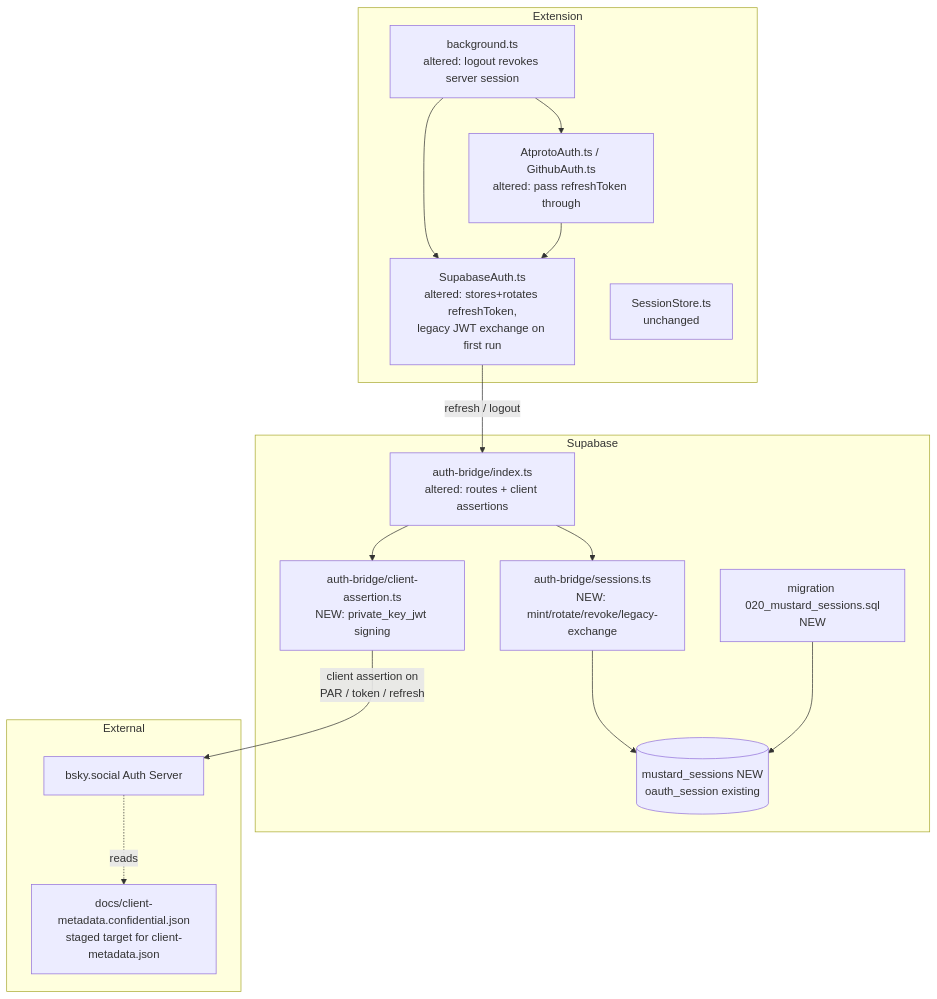
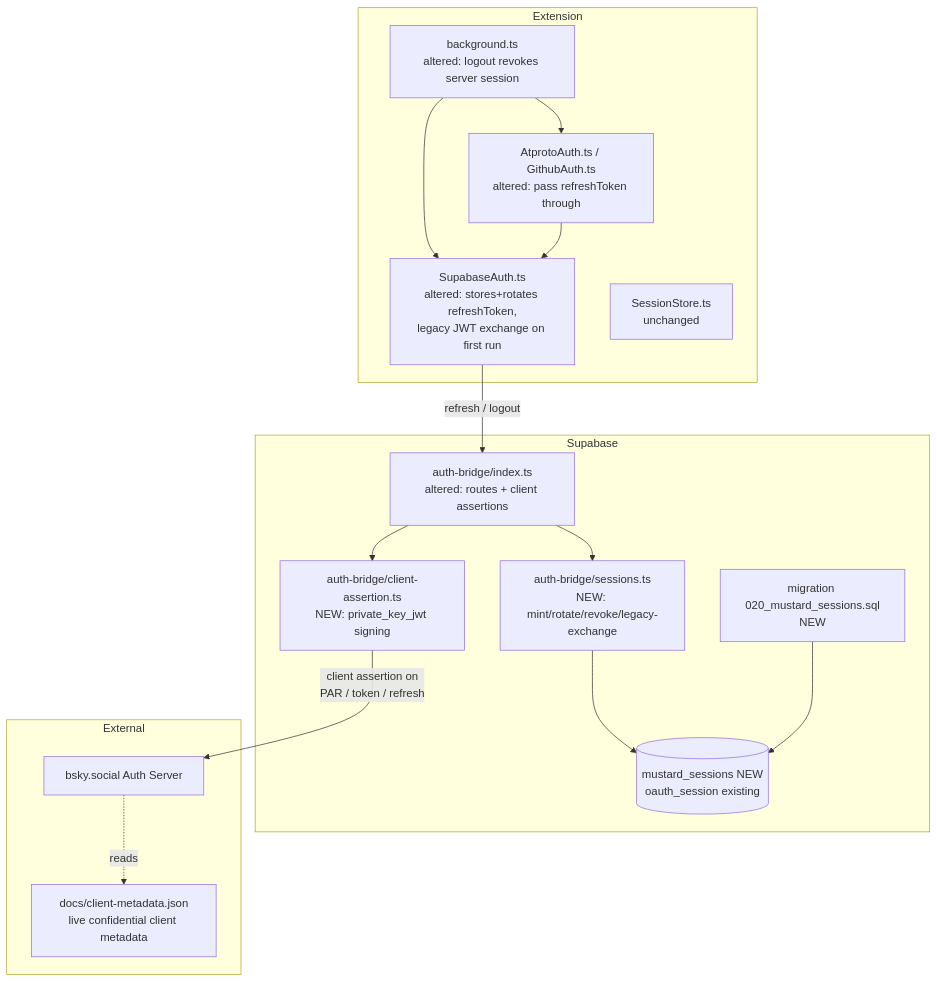
Before and after one commit to fettstorch/mustard: the first of 3 diagrams in specs/atproto-auth/sketch.md, drawn with Mermaid. The commit also changed other lines of this file and 5 other files, not shown here.

````diff
--- a/specs/atproto-auth/sketch.md
+++ b/specs/atproto-auth/sketch.md
@@ -48,33 +48,33 @@
 ```mermaid
 graph TD
     subgraph client [Extension]
         BG[background.ts<br/>altered: logout revokes server session]
         SA[SupabaseAuth.ts<br/>altered: stores+rotates refreshToken,<br/>legacy JWT exchange on first run]
         AA[AtprotoAuth.ts / GithubAuth.ts<br/>altered: pass refreshToken through]
         SS[SessionStore.ts<br/>unchanged]
     end
 
     subgraph server [Supabase]
         AB[auth-bridge/index.ts<br/>altered: routes + client assertions]
         SESS[auth-bridge/sessions.ts<br/>NEW: mint/rotate/revoke/legacy-exchange]
         CA[auth-bridge/client-assertion.ts<br/>NEW: private_key_jwt signing]
         MIG[migration 020_mustard_sessions.sql<br/>NEW]
         DB[("mustard_sessions NEW<br/>oauth_session existing")]
     end
 
     subgraph external [External]
-        CM[docs/client-metadata.confidential.json<br/>staged target for client-metadata.json]
+        CM[docs/client-metadata.json<br/>live confidential client metadata]
         AS[bsky.social Auth Server]
     end
 
     BG --> SA
     BG --> AA
     AA --> SA
     SA -->|"refresh / logout"| AB
     AB --> SESS
     AB --> CA
     SESS --> DB
     MIG --> DB
     CA -->|"client assertion on<br/>PAR / token / refresh"| AS
     AS -.->|reads| CM
 ```
````
